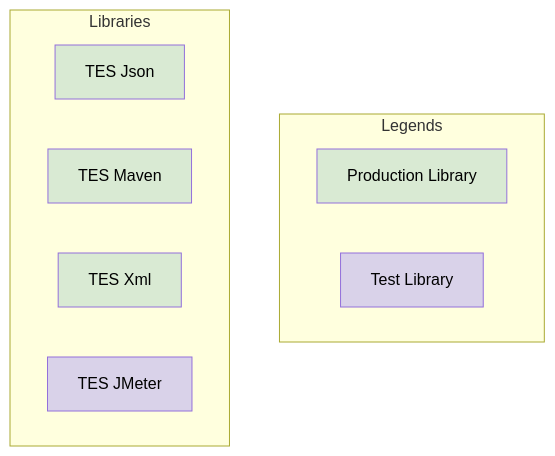
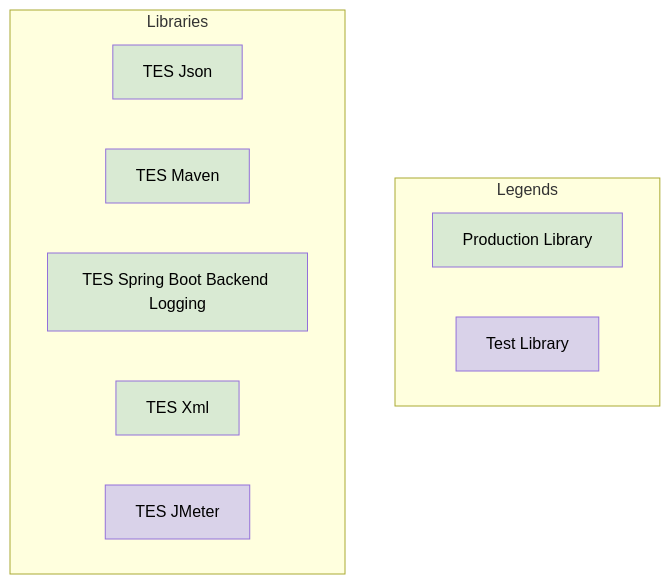
Before and after one commit to sunepoulsen/tes-foundation: the diagram in doc/README.md, drawn with Mermaid. The commit also changed other lines of this file and 6 other files, not shown here.

Commit message:
TES-120: Add `tes-spring-boot-backend-logging` to this monolith.

````diff
--- a/doc/README.md
+++ b/doc/README.md
@@ -19,18 +20,19 @@
 ```mermaid
 flowchart
     subgraph "Legends"
         legProdLib["Production Library"]:::prodLibrary
         legTestLib["Test Library"]:::testLibrary
     end
 
     subgraph "Libraries"
         tesJson["TES Json"]:::prodLibrary
         tesMaven["TES Maven"]:::prodLibrary
+        tesSpringBootLogging["TES Spring Boot Backend Logging"]:::prodLibrary
         tesXml["TES Xml"]:::prodLibrary
         
         tesJMeter["TES JMeter"]:::testLibrary
     end
 
     classDef prodLibrary fill:#d9ead3,color:#000
     classDef testLibrary fill:#d9d2e9,color:#000
 ```
````
